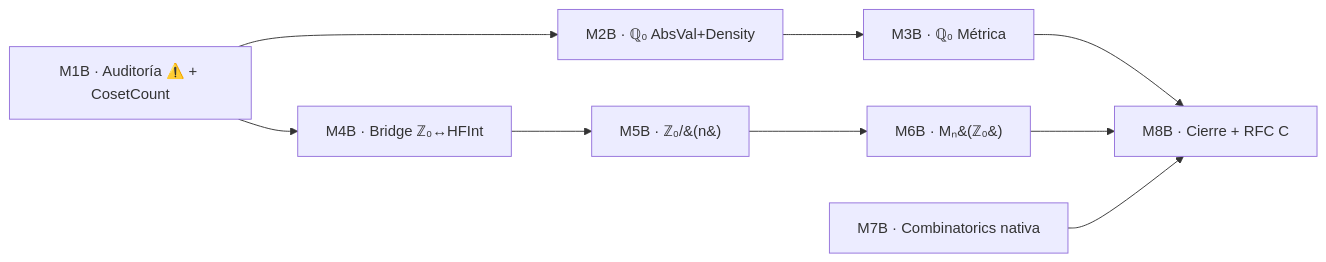
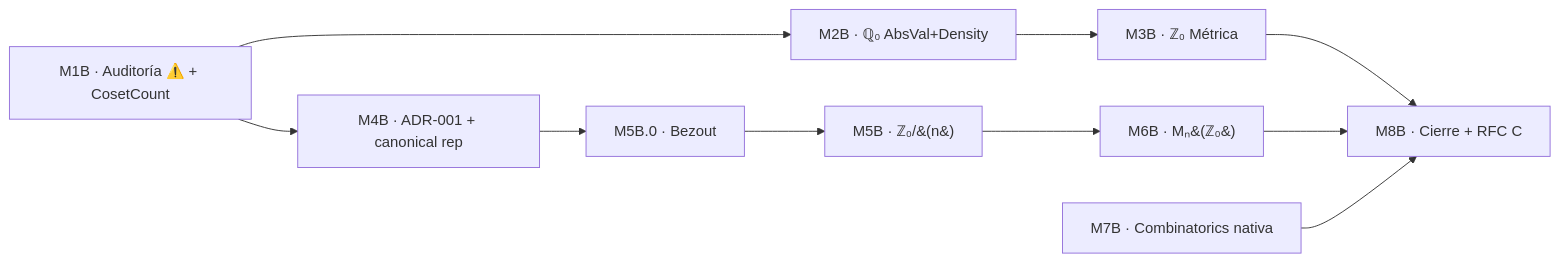
The diagram in PLANNING-FASE-B.md (julian1c2a/AczelSetTheory), drawn with Mermaid before and after one commit. The commit also changed other lines of this file, not shown here.

Commit message:
docs(FASE-B): record user decisions — IsCauchy2 (dyadic), ADR-001 + canonical rep (0,n)/(n,0), Bezout as M5B.0; start with M1B

````diff
--- a/PLANNING-FASE-B.md
+++ b/PLANNING-FASE-B.md
@@ -46,12 +47,13 @@
 ```mermaid
 graph LR
   M1B[M1B · Auditoría ⚠️ + CosetCount] --> M2B[M2B · ℚ₀ AbsVal+Density]
-  M1B --> M4B[M4B · Bridge ℤ₀↔HFInt]
-  M2B --> M3B[M3B · ℚ₀ Métrica]
-  M4B --> M5B[M5B · ℤ₀/&#40;n&#41;]
+  M1B --> M4B[M4B · ADR-001 + canonical rep]
+  M2B --> M3B[M3B · ℤ₀ Métrica]
+  M4B --> M5B0[M5B.0 · Bezout]
+  M5B0 --> M5B[M5B · ℤ₀/&#40;n&#41;]
   M5B --> M6B[M6B · Mₙ&#40;ℤ₀&#41;]
   M7B[M7B · Combinatorics nativa]
   M3B --> M8B[M8B · Cierre + RFC C]
   M6B --> M8B
   M7B --> M8B
 ```
````
